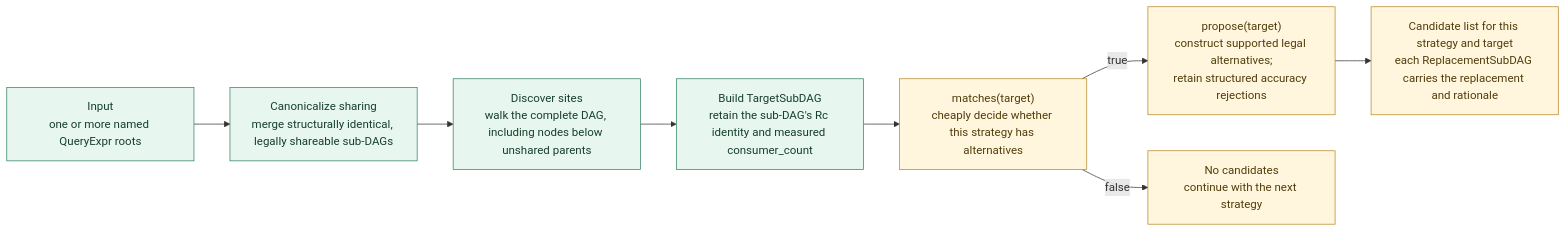
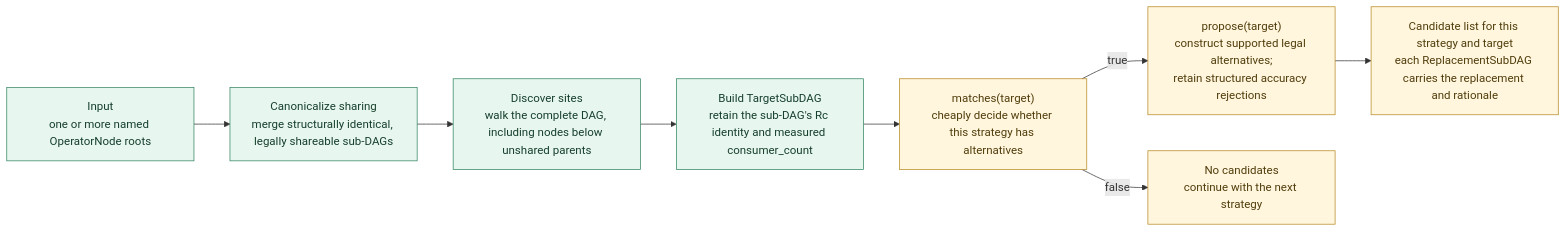
Before and after one commit to ProjectASAP/ASAPPlanner: the second of 2 diagrams in docs/develop_docs/asap-aware-mapping-architecture.md, drawn with Mermaid. The commit also changed other lines of this file and 72 other files, not shown here.

````diff
--- a/docs/develop_docs/asap-aware-mapping-architecture.md
+++ b/docs/develop_docs/asap-aware-mapping-architecture.md
@@ -155,15 +157,15 @@
 ```mermaid
 flowchart LR
   classDef workload fill:#e7f7ef,stroke:#31835e,color:#173f2d
   classDef common fill:#fff6dd,stroke:#b78922,color:#513d0c
 
-  ROOTS["Input<br/>one or more named QueryExpr roots"]:::workload
+  ROOTS["Input<br/>one or more named OperatorNode roots"]:::workload
   ROOTS --> CSE["Canonicalize sharing<br/>merge structurally identical, legally shareable sub-DAGs"]:::workload
   CSE --> WALK["Discover sites<br/>walk the complete DAG, including nodes below unshared parents"]:::workload
   WALK --> T["Build TargetSubDAG<br/>retain the sub-DAG's Rc identity and measured consumer_count"]:::workload
   T --> MATCH
   MATCH["matches(target)<br/>cheaply decide whether this strategy has alternatives"]:::common
   MATCH -->|"true"| REPLACE["propose(target)<br/>construct supported legal alternatives;<br/>retain structured accuracy rejections"]:::common
   MATCH -->|"false"| NONE["No candidates<br/>continue with the next strategy"]:::common
   REPLACE --> OUT["Candidate list for this strategy and target<br/>each ReplacementSubDAG carries the replacement and rationale"]:::common
 ```
````
